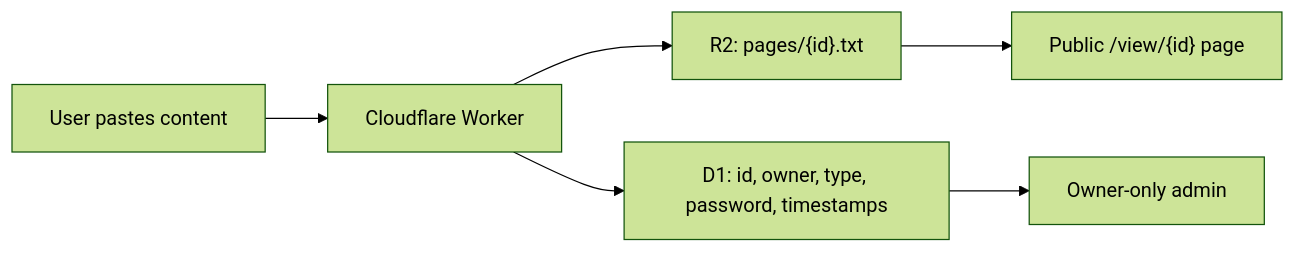
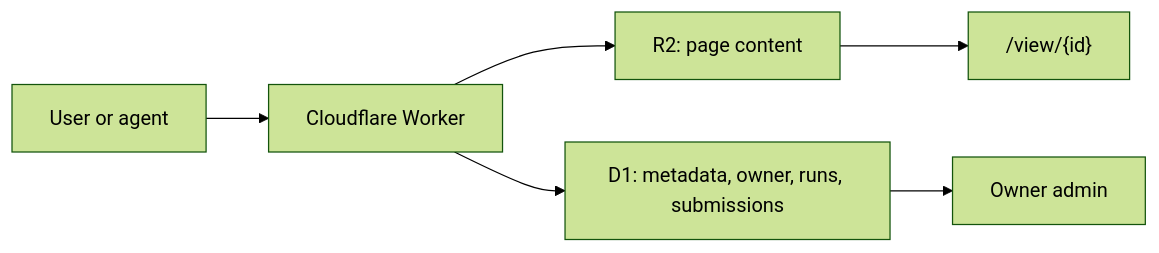
One commit to HaipingShi/goshare changed the diagram in README.md. Above: the diagram before and after it, drawn with Mermaid (forest theme). The commit also changed other lines of this file and 13 other files, not shown here.

````diff
--- a/README.md
+++ b/README.md
@@ -293,8 +222,8 @@
 ```mermaid
 flowchart LR
-  User["User pastes content"] --> Worker["Cloudflare Worker"]
-  Worker --> R2["R2: pages/{id}.txt"]
-  Worker --> D1["D1: id, owner, type, password, timestamps"]
-  D1 --> Admin["Owner-only admin"]
-  R2 --> View["Public /view/{id} page"]
+  User["User or agent"] --> Worker["Cloudflare Worker"]
+  Worker --> R2["R2: page content"]
+  Worker --> D1["D1: metadata, owner, runs, submissions"]
+  D1 --> Admin["Owner admin"]
+  R2 --> View["/view/{id}"]
 ```
````
